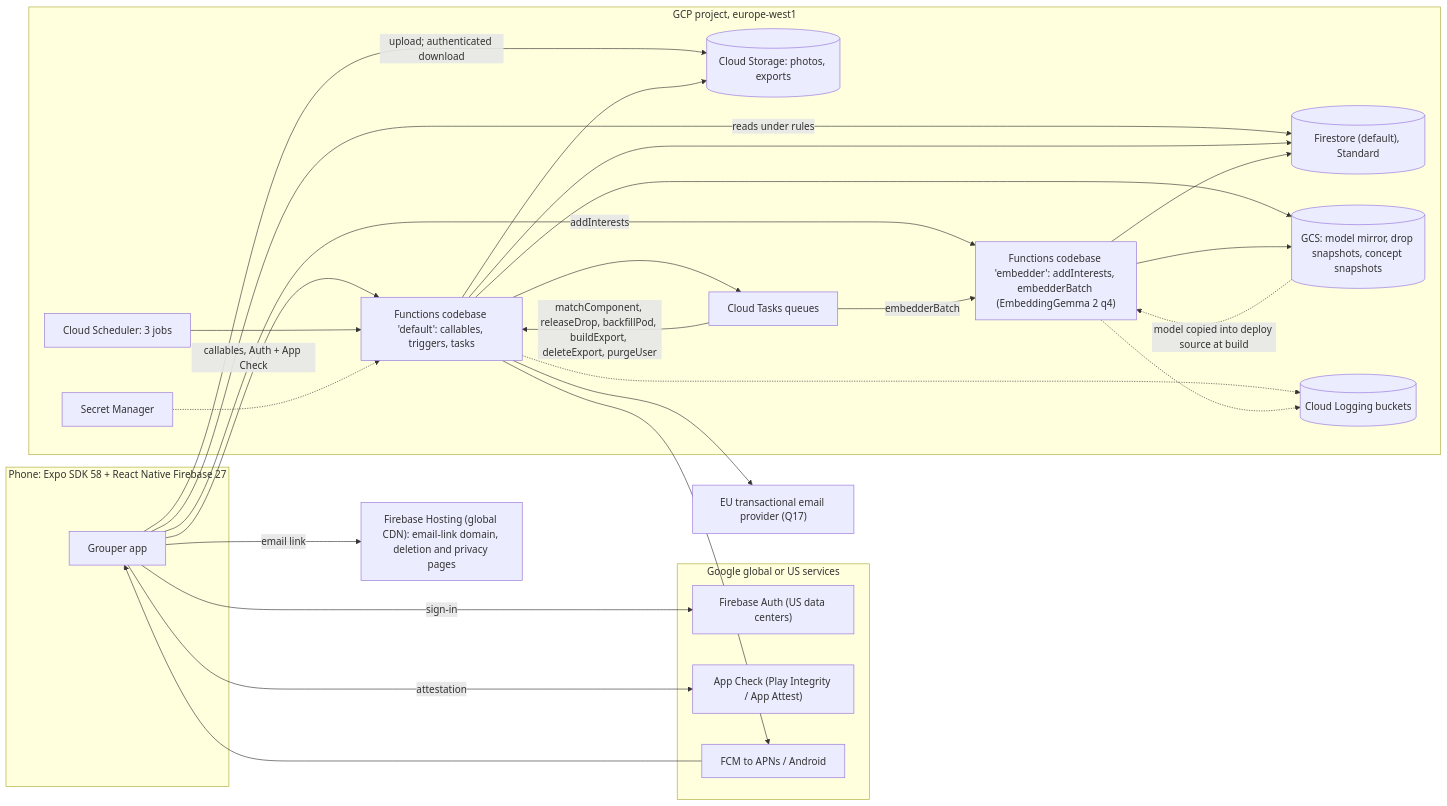
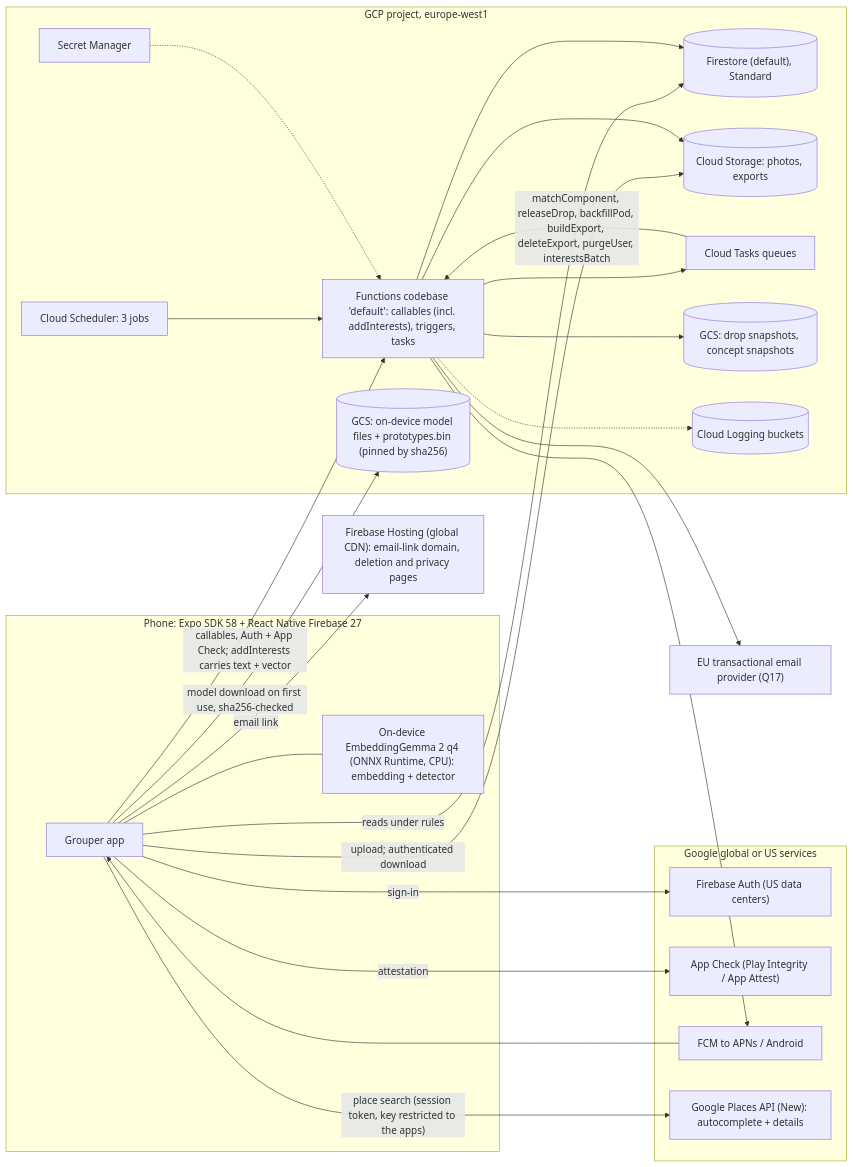
The diagram in docs/DESIGN.md (ffMathy/friendpod), drawn with Mermaid before and after one commit. The commit also changed other lines of this file and 167 other files, not shown here.

````diff
--- a/docs/DESIGN.md
+++ b/docs/DESIGN.md
@@ -704,47 +787,46 @@
 ```mermaid
 flowchart LR
   subgraph Phone["Phone: Expo SDK 58 + React Native Firebase 27"]
     APP["Grouper app"]
+    ORT["On-device EmbeddingGemma 2 q4 (ONNX Runtime, CPU): embedding + detector"]
   end
   subgraph G["Google global or US services"]
     AUTH["Firebase Auth (US data centers)"]
     AC["App Check (Play Integrity / App Attest)"]
     FCM["FCM to APNs / Android"]
+    PLACES["Google Places API (New): autocomplete + details"]
   end
   subgraph EU["GCP project, europe-west1"]
     FS[("Firestore (default), Standard")]
     ST[("Cloud Storage: photos, exports")]
-    API["Functions codebase 'default': callables, triggers, tasks"]
-    EMB["Functions codebase 'embedder': addInterests, embedderBatch (EmbeddingGemma 2 q4)"]
+    API["Functions codebase 'default': callables (incl. addInterests), triggers, tasks"]
     SCH["Cloud Scheduler: 3 jobs"]
     CT["Cloud Tasks queues"]
     SM["Secret Manager"]
-    GCS[("GCS: model mirror, drop snapshots, concept snapshots")]
+    MOD[("GCS: on-device model files + prototypes.bin (pinned by sha256)")]
+    GCS[("GCS: drop snapshots, concept snapshots")]
     LOG[("Cloud Logging buckets")]
   end
   HOST["Firebase Hosting (global CDN): email-link domain, deletion and privacy pages"]
   MAIL["EU transactional email provider (Q17)"]
   APP -->|sign-in| AUTH
   APP -->|"email link"| HOST
   APP -->|attestation| AC
+  APP -->|"place search (session token, key restricted to the apps)"| PLACES
+  APP -->|"model download on first use, sha256-checked"| MOD
+  APP --- ORT
   APP -->|"reads under rules"| FS
-  APP -->|"callables, Auth + App Check"| API
-  APP -->|addInterests| EMB
+  APP -->|"callables, Auth + App Check; addInterests carries text + vector"| API
   APP -->|"upload; authenticated download"| ST
   SCH --> API
   API --> CT
-  CT -->|"matchComponent, releaseDrop, backfillPod, buildExport, deleteExport, purgeUser"| API
-  CT -->|embedderBatch| EMB
+  CT -->|"matchComponent, releaseDrop, backfillPod, buildExport, deleteExport, purgeUser, interestsBatch"| API
   API --> FS
   API --> ST
   API --> GCS
   API --> FCM
   API --> MAIL
   FCM --> APP
-  EMB --> FS
-  EMB --> GCS
   API -.-> LOG
-  EMB -.-> LOG
   SM -.-> API
-  GCS -.->|"model copied into deploy source at build"| EMB
 ```
````
